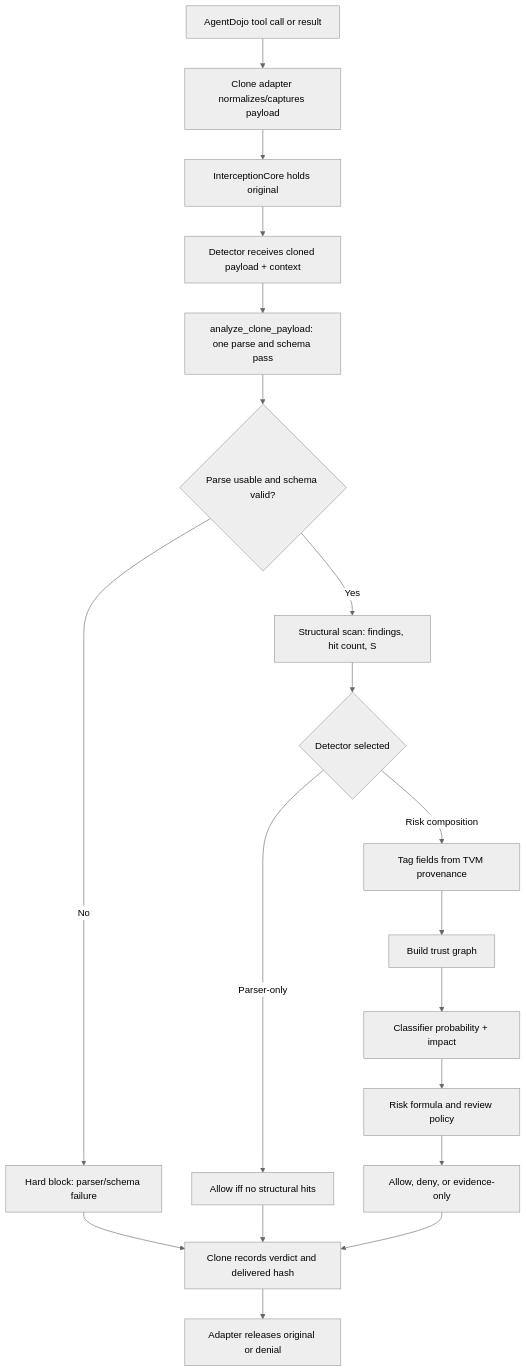
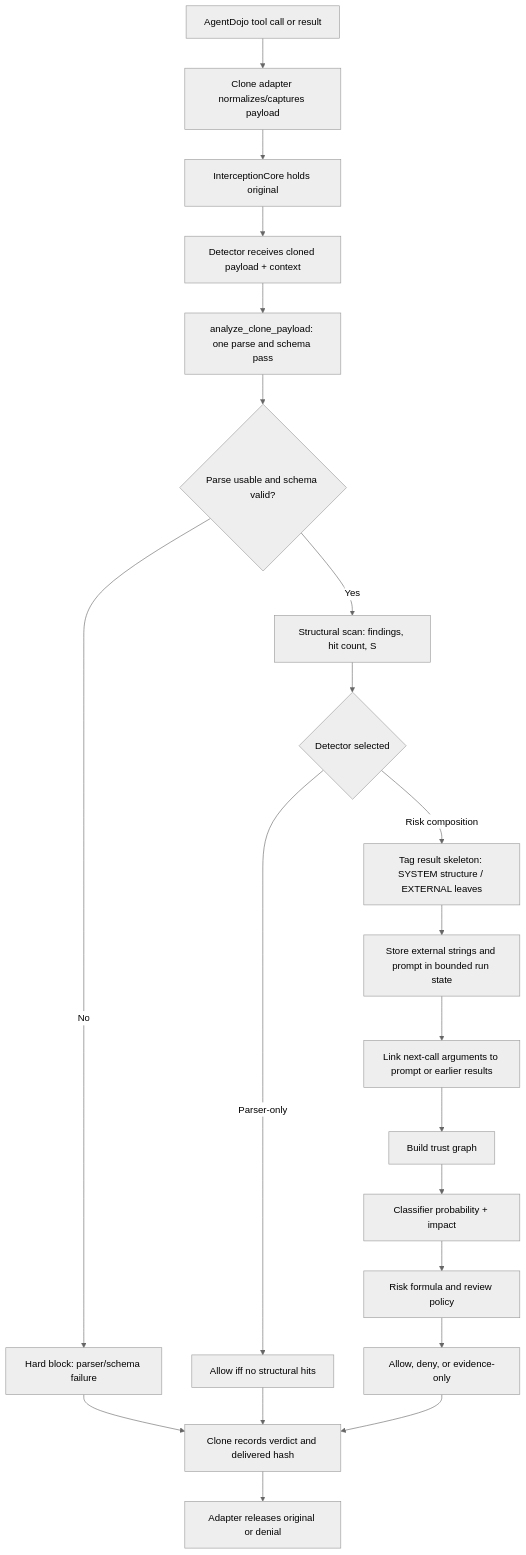
Before and after one commit to Xain1501/Closing-Data-Trust-Gap-In-Agent-Data-Injection: the first of 2 diagrams in src/pipeline/README.md, drawn with Mermaid (neutral theme). The commit also changed other lines of this file and 20 other files, not shown here.

````diff
--- a/src/pipeline/README.md
+++ b/src/pipeline/README.md
@@ -7,21 +7,23 @@
 ```mermaid
 flowchart TD
     A[AgentDojo tool call or result] --> B[Clone adapter normalizes/captures payload]
     B --> C[InterceptionCore holds original]
     C --> D[Detector receives cloned payload + context]
     D --> E[analyze_clone_payload: one parse and schema pass]
     E --> F{Parse usable and schema valid?}
     F -- No --> G[Hard block: parser/schema failure]
     F -- Yes --> H[Structural scan: findings, hit count, S]
     H --> I{Detector selected}
     I -- Parser-only --> J[Allow iff no structural hits]
-    I -- Risk composition --> K[Tag fields from TVM provenance]
-    K --> L[Build trust graph]
+    I -- Risk composition --> K[Tag result skeleton: SYSTEM structure / EXTERNAL leaves]
+    K --> K2[Store external strings and prompt in bounded run state]
+    K2 --> K3[Link next-call arguments to prompt or earlier results]
+    K3 --> L[Build trust graph]
     L --> M[Classifier probability + impact]
     M --> N[Risk formula and review policy]
     N --> O[Allow, deny, or evidence-only]
     G --> P[Clone records verdict and delivered hash]
     J --> P
     O --> P
     P --> Q[Adapter releases original or denial]
 ```
````
